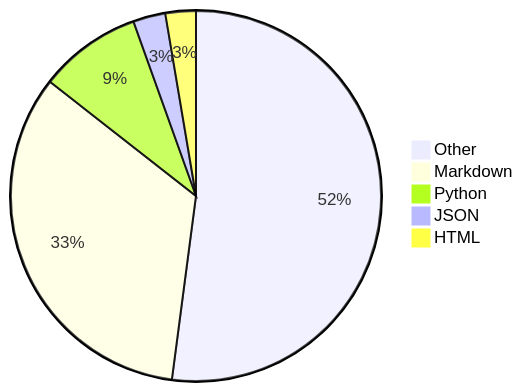
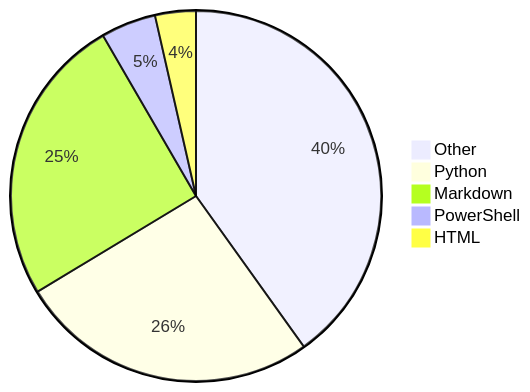
One commit to Alicia111/alicia111 changed the diagram in README.md. Above: the diagram before and after it, drawn with Mermaid.

Commit message:
Update WakaTime stats (・ω・)b

````diff
--- a/README.md
+++ b/README.md
@@ -32,8 +32,8 @@
 ```mermaid
 pie
-    "Other" : 50.96
-    "Markdown" : 32.77
-    "Python" : 8.76
-    "JSON" : 2.76
-    "HTML" : 2.6
+    "Other" : 39.24
+    "Python" : 25.67
+    "Markdown" : 24.73
+    "PowerShell" : 4.7
+    "HTML" : 3.48
 ```
````
